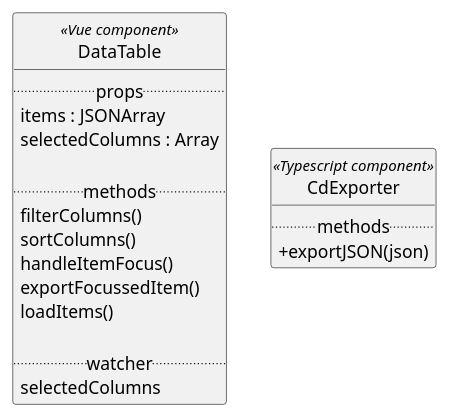
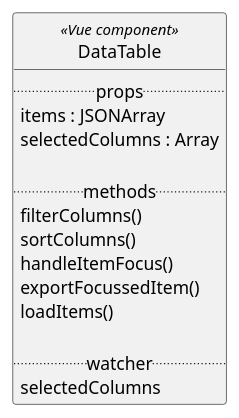
The second of 13 diagrams in PROJECT/SAS/SAS.md (DHBW-TINF24F/Team1-BaSyx-ConceptDescription-Manager), drawn with PlantUML before and after one commit. The commit also changed other lines of this file, not shown here.

````diff
--- a/PROJECT/SAS/SAS.md
+++ b/PROJECT/SAS/SAS.md
@@ -119,34 +118,23 @@
 ```plantuml
 @startuml
 skinparam style strictuml
-skinparam classAttributeIconSize 0
 
 ' -----------------------
 ' Vue Component: Data Table
 ' -----------------------
 class "DataTable" <<Vue component>> {
   ..props..
   items : JSONArray
   selectedColumns : Array
 
   ..methods..
   filterColumns()
   sortColumns()
   handleItemFocus()
   exportFocussedItem()
   loadItems()
 
   ..watcher..
   selectedColumns
 }
-
-' -----------------------
-' Typescript Component: Cd Exporter
-' -----------------------
-class "CdExporter" <<Typescript component>> {
-  ..methods..
-  +exportJSON(json)
-}
-
-@enduml
 ```
````
